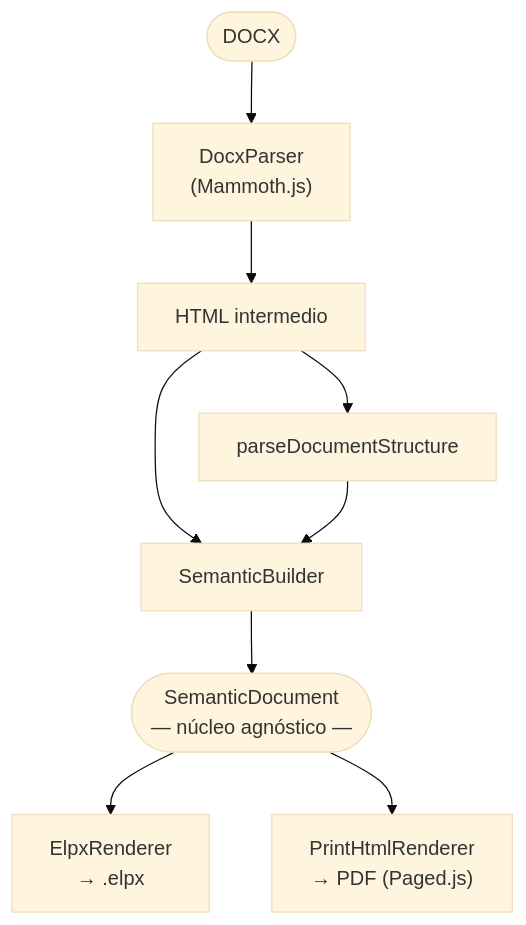
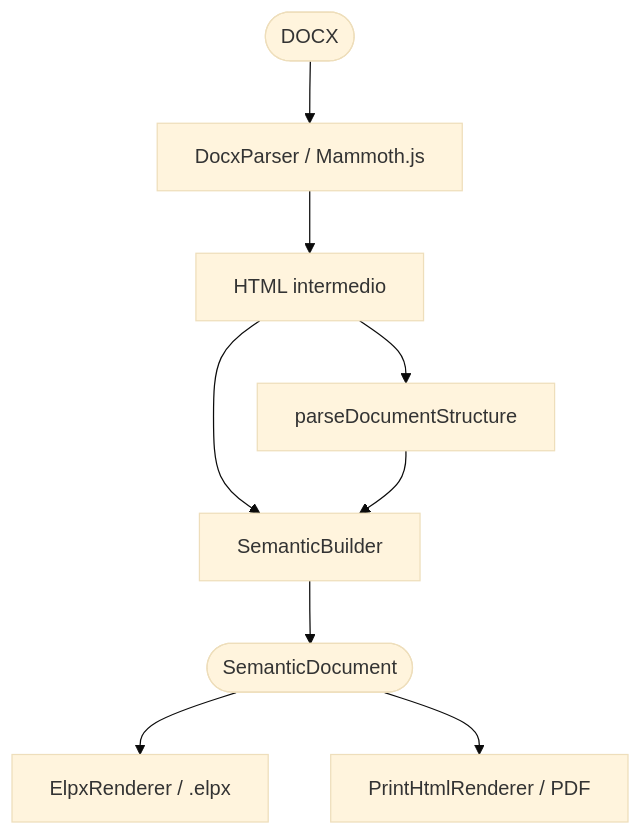
Before and after one commit to MarioFlorido/BUA-convertidor-exe: the first of 3 diagrams in README.md, drawn with Mermaid (base theme). The commit also changed other lines of this file and 2 other files, not shown here.

Commit message:
docs: simplificar sintaxis Mermaid - eliminar caracteres especiales

````diff
--- a/README.md
+++ b/README.md
@@ -25,11 +25,11 @@
 ```mermaid
 flowchart TD
-    DOCX([DOCX]) --> Parser["DocxParser\n(Mammoth.js)"]
+    DOCX([DOCX]) --> Parser[DocxParser / Mammoth.js]
     Parser --> HTML[HTML intermedio]
     HTML --> Struct[parseDocumentStructure]
     HTML --> Builder[SemanticBuilder]
     Struct --> Builder
-    Builder --> SemDoc(["SemanticDocument\n― núcleo agnóstico ―"])
-    SemDoc --> ELPX["ElpxRenderer\n→ .elpx"]
-    SemDoc --> PDF["PrintHtmlRenderer\n→ PDF (Paged.js)"]
+    Builder --> SemDoc([SemanticDocument])
+    SemDoc --> ELPX[ElpxRenderer / .elpx]
+    SemDoc --> PDF[PrintHtmlRenderer / PDF]
 ```
````
